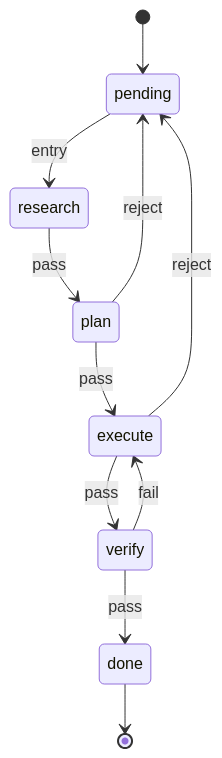
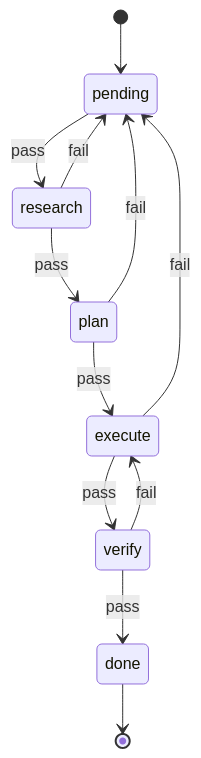
The fourth of 6 diagrams in docs/gate-uml-spec.md (msbrettorg/maenifold), drawn with Mermaid before and after one commit. The commit also changed other lines of this file and 1 other file, not shown here.

````diff
--- a/docs/gate-uml-spec.md
+++ b/docs/gate-uml-spec.md
@@ -434,15 +522,16 @@
 ```mermaid
 stateDiagram-v2
 [*] --> pending
 
-pending --> research: entry
+pending --> research: pass
 research --> plan: pass
+research --> pending: fail
 plan --> execute: pass
-plan --> pending: reject
+plan --> pending: fail
 execute --> verify: pass
-execute --> pending: reject
+execute --> pending: fail
 verify --> done: pass
 verify --> execute: fail
 
 done --> [*]
 ```
````
